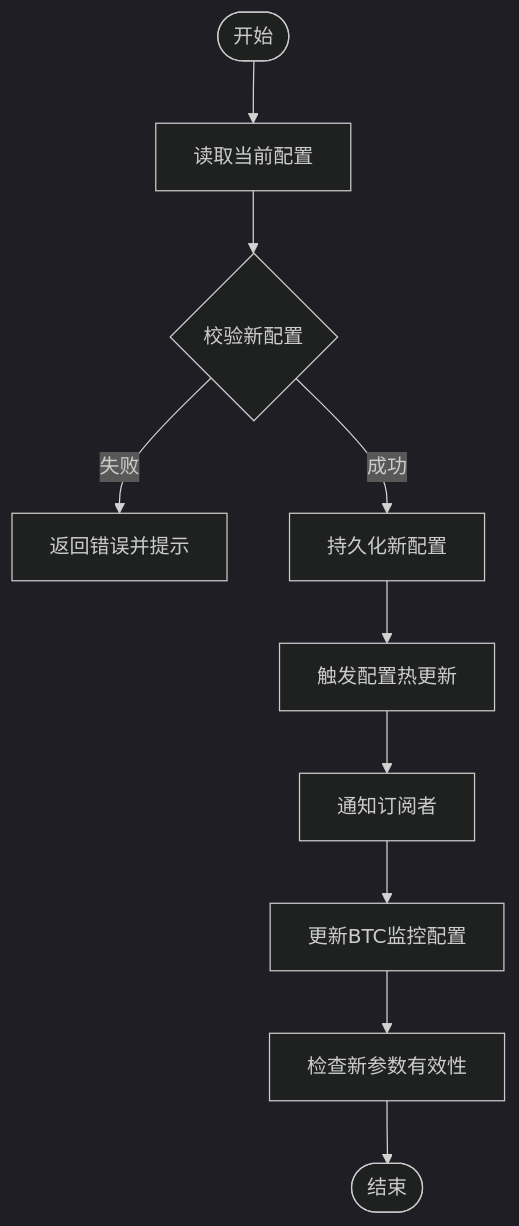
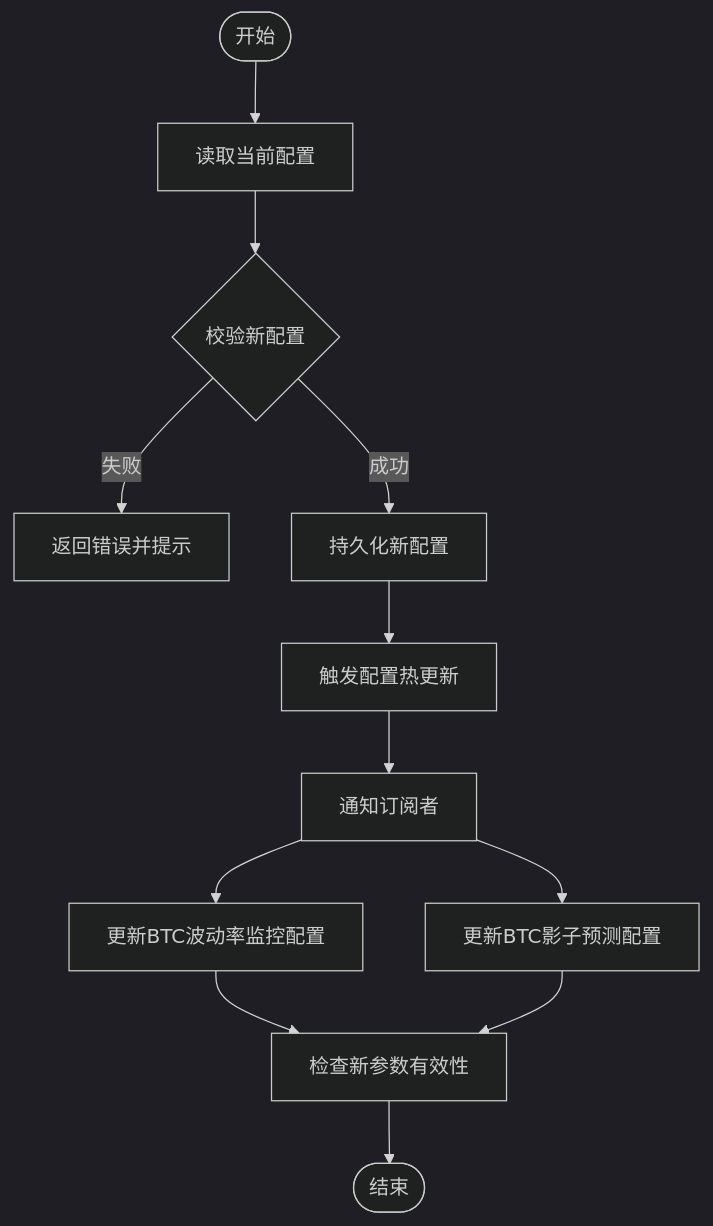
The fifth of 5 diagrams in .qoder/repowiki/zh/content/配置管理.md (anYaoooo/daily_stock_analysis), drawn with Mermaid (dark theme) before and after one commit. The commit also changed other lines of this file and 16 other files, not shown here.

````diff
--- a/.qoder/repowiki/zh/content/配置管理.md
+++ b/.qoder/repowiki/zh/content/配置管理.md
@@ -581,12 +630,14 @@
 ```mermaid
 flowchart TD
 Start(["开始"]) --> Read["读取当前配置"]
 Read --> Validate{"校验新配置"}
 Validate --> |失败| Error["返回错误并提示"]
 Validate --> |成功| Persist["持久化新配置"]
 Persist --> Reload["触发配置热更新"]
 Reload --> Notify["通知订阅者"]
-Notify --> UpdateBVM["更新BTC监控配置"]
+Notify --> UpdateBVM["更新BTC波动率监控配置"]
+Notify --> UpdateBSF["更新BTC影子预测配置"]
 UpdateBVM --> CheckNewParams["检查新参数有效性"]
+UpdateBSF --> CheckNewParams
 CheckNewParams --> End(["结束"])
 ```
````
